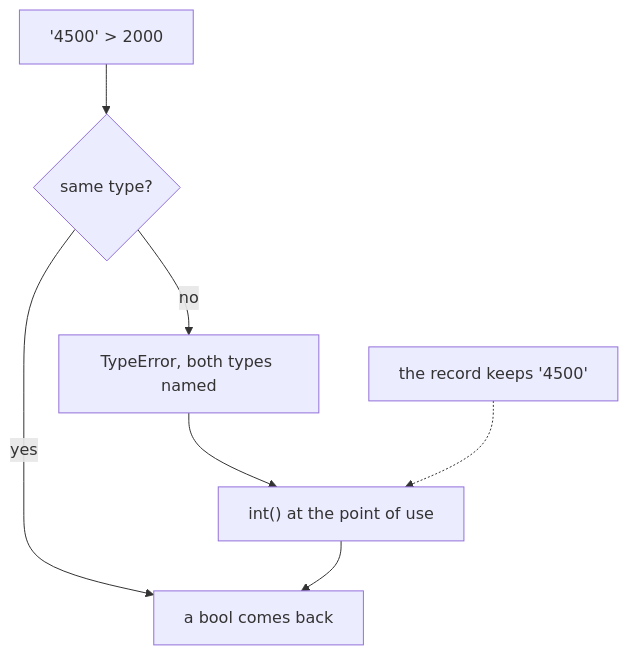
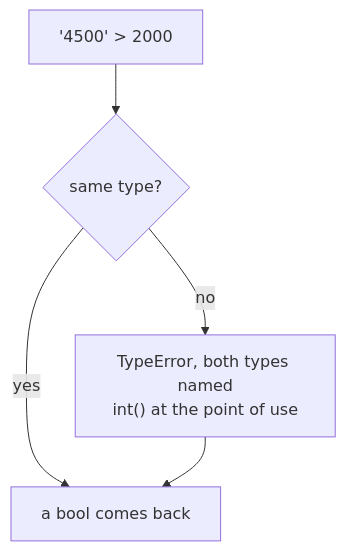
One commit to fde-academy-lab/c2-content-factory changed the third of 6 diagrams in content/W01/D1/cheatsheets/C2_W01_D01_kernel_records_visual_STUDENT.md. Above: the diagram before and after it, drawn with Mermaid. The commit also changed other lines of this file and 40 other files, not shown here.

````diff
--- a/content/W01/D1/cheatsheets/C2_W01_D01_kernel_records_visual_STUDENT.md
+++ b/content/W01/D1/cheatsheets/C2_W01_D01_kernel_records_visual_STUDENT.md
@@ -41,9 +41,7 @@
 ```mermaid
 flowchart TB
     A["'4500' > 2000"] --> B{"same type?"}
-    B -->|"no"| C["TypeError, both types named"]
     B -->|"yes"| D["a bool comes back"]
-    C --> E["int() at the point of use"]
-    E --> D
-    F["the record keeps '4500'"] -.-> E
+    B -->|"no"| C["TypeError, both types named<br/>int() at the point of use"]
+    C --> D
 ```
````
